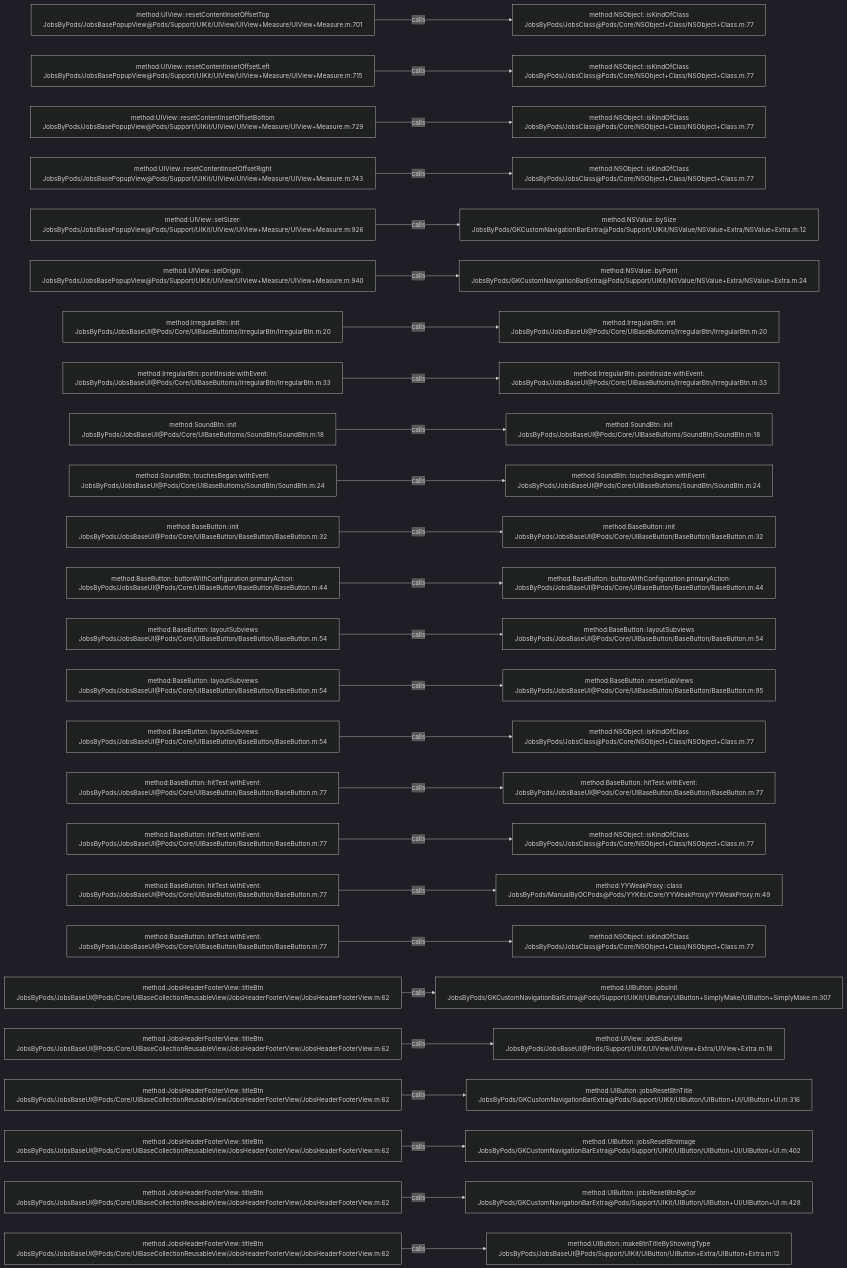
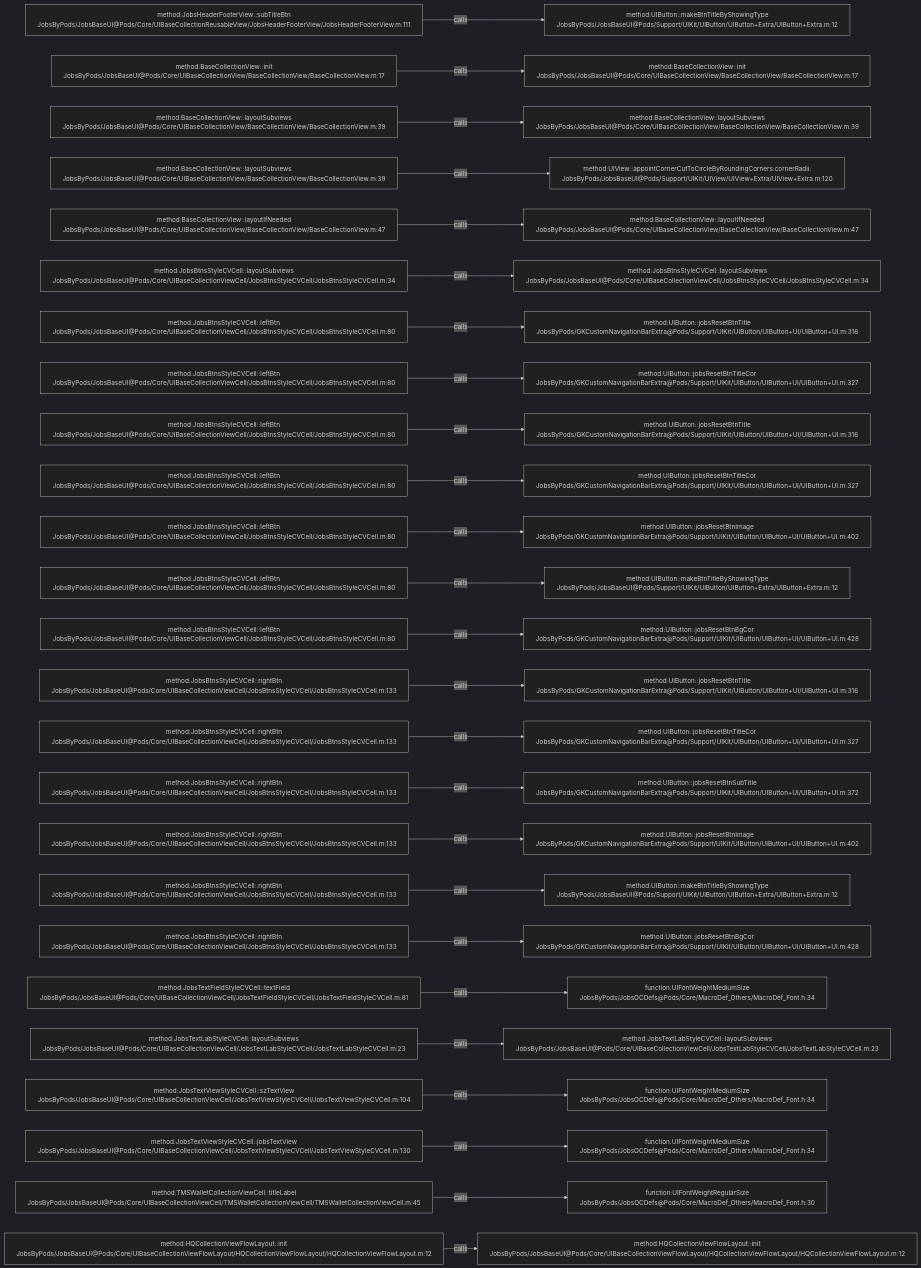
Before and after one commit to JobsKits/JobsOCBaseConfigDemo: the diagram in .codegraph/codegraph.md/graphs/calls-027.md, drawn with Mermaid (dark theme). The commit also changed 639 other files, not shown here.

````diff
--- a/.codegraph/codegraph.md/graphs/calls-027.md
+++ b/.codegraph/codegraph.md/graphs/calls-027.md
@@ -13,78 +13,78 @@
 ```mermaid
 flowchart LR
-  S1["method:UIView::resetContentInsetOffsetTop<br/>JobsByPods/JobsBasePopupView@Pods/Support/UIKit/UIView/UIView+Measure/UIView+Measure.m:701"]
-  T1["method:NSObject::isKindOfClass<br/>JobsByPods/JobsClass@Pods/Core/NSObject+Class/NSObject+Class.m:77"]
+  S1["method:JobsHeaderFooterView::subTitleBtn<br/>JobsByPods/JobsBaseUI@Pods/Core/UIBaseCollectionReusableView/JobsHeaderFooterView/JobsHeaderFooterView.m:111"]
+  T1["method:UIButton::makeBtnTitleByShowingType<br/>JobsByPods/JobsBaseUI@Pods/Support/UIKit/UIButton/UIButton+Extra/UIButton+Extra.m:12"]
   S1 -->|calls| T1
-  S2["method:UIView::resetContentInsetOffsetLeft<br/>JobsByPods/JobsBasePopupView@Pods/Support/UIKit/UIView/UIView+Measure/UIView+Measure.m:715"]
-  T2["method:NSObject::isKindOfClass<br/>JobsByPods/JobsClass@Pods/Core/NSObject+Class/NSObject+Class.m:77"]
+  S2["method:BaseCollectionView::init<br/>JobsByPods/JobsBaseUI@Pods/Core/UIBaseCollectionView/BaseCollectionView/BaseCollectionView.m:17"]
+  T2["method:BaseCollectionView::init<br/>JobsByPods/JobsBaseUI@Pods/Core/UIBaseCollectionView/BaseCollectionView/BaseCollectionView.m:17"]
   S2 -->|calls| T2
-  S3["method:UIView::resetContentInsetOffsetBottom<br/>JobsByPods/JobsBasePopupView@Pods/Support/UIKit/UIView/UIView+Measure/UIView+Measure.m:729"]
-  T3["method:NSObject::isKindOfClass<br/>JobsByPods/JobsClass@Pods/Core/NSObject+Class/NSObject+Class.m:77"]
+  S3["method:BaseCollectionView::layoutSubviews<br/>JobsByPods/JobsBaseUI@Pods/Core/UIBaseCollectionView/BaseCollectionView/BaseCollectionView.m:39"]
+  T3["method:BaseCollectionView::layoutSubviews<br/>JobsByPods/JobsBaseUI@Pods/Core/UIBaseCollectionView/BaseCollectionView/BaseCollectionView.m:39"]
   S3 -->|calls| T3
-  S4["method:UIView::resetContentInsetOffsetRight<br/>JobsByPods/JobsBasePopupView@Pods/Support/UIKit/UIView/UIView+Measure/UIView+Measure.m:743"]
-  T4["method:NSObject::isKindOfClass<br/>JobsByPods/JobsClass@Pods/Core/NSObject+Class/NSObject+Class.m:77"]
+  S4["method:BaseCollectionView::layoutSubviews<br/>JobsByPods/JobsBaseUI@Pods/Core/UIBaseCollectionView/BaseCollectionView/BaseCollectionView.m:39"]
+  T4["method:UIView::appointCornerCutToCircleByRoundingCorners:cornerRadii:<br/>JobsByPods/JobsBaseUI@Pods/Support/UIKit/UIView/UIView+Extra/UIView+Extra.m:120"]
   S4 -->|calls| T4
-  S5["method:UIView::setSizer:<br/>JobsByPods/JobsBasePopupView@Pods/Support/UIKit/UIView/UIView+Measure/UIView+Measure.m:926"]
-  T5["method:NSValue::bySize<br/>JobsByPods/GKCustomNavigationBarExtra@Pods/Support/UIKit/NSValue/NSValue+Extra/NSValue+Extra.m:12"]
+  S5["method:BaseCollectionView::layoutIfNeeded<br/>JobsByPods/JobsBaseUI@Pods/Core/UIBaseCollectionView/BaseCollectionView/BaseCollectionView.m:47"]
+  T5["method:BaseCollectionView::layoutIfNeeded<br/>JobsByPods/JobsBaseUI@Pods/Core/UIBaseCollectionView/BaseCollectionView/BaseCollectionView.m:47"]
   S5 -->|calls| T5
-  S6["method:UIView::setOrigin:<br/>JobsByPods/JobsBasePopupView@Pods/Support/UIKit/UIView/UIView+Measure/UIView+Measure.m:940"]
-  T6["method:NSValue::byPoint<br/>JobsByPods/GKCustomNavigationBarExtra@Pods/Support/UIKit/NSValue/NSValue+Extra/NSValue+Extra.m:24"]
+  S6["method:JobsBtnsStyleCVCell::layoutSubviews<br/>JobsByPods/JobsBaseUI@Pods/Core/UIBaseCollectionViewCell/JobsBtnsStyleCVCell/JobsBtnsStyleCVCell.m:34"]
+  T6["method:JobsBtnsStyleCVCell::layoutSubviews<br/>JobsByPods/JobsBaseUI@Pods/Core/UIBaseCollectionViewCell/JobsBtnsStyleCVCell/JobsBtnsStyleCVCell.m:34"]
   S6 -->|calls| T6
-  S7["method:IrregularBtn::init<br/>JobsByPods/JobsBaseUI@Pods/Core/UIBaseButtoms/IrregularBtn/IrregularBtn.m:20"]
-  T7["method:IrregularBtn::init<br/>JobsByPods/JobsBaseUI@Pods/Core/UIBaseButtoms/IrregularBtn/IrregularBtn.m:20"]
+  S7["method:JobsBtnsStyleCVCell::leftBtn<br/>JobsByPods/JobsBaseUI@Pods/Core/UIBaseCollectionViewCell/JobsBtnsStyleCVCell/JobsBtnsStyleCVCell.m:80"]
+  T7["method:UIButton::jobsResetBtnTitle<br/>JobsByPods/GKCustomNavigationBarExtra@Pods/Support/UIKit/UIButton/UIButton+UI/UIButton+UI.m:316"]
   S7 -->|calls| T7
-  S8["method:IrregularBtn::pointInside:withEvent:<br/>JobsByPods/JobsBaseUI@Pods/Core/UIBaseButtoms/IrregularBtn/IrregularBtn.m:33"]
-  T8["method:IrregularBtn::pointInside:withEvent:<br/>JobsByPods/JobsBaseUI@Pods/Core/UIBaseButtoms/IrregularBtn/IrregularBtn.m:33"]
+  S8["method:JobsBtnsStyleCVCell::leftBtn<br/>JobsByPods/JobsBaseUI@Pods/Core/UIBaseCollectionViewCell/JobsBtnsStyleCVCell/JobsBtnsStyleCVCell.m:80"]
+  T8["method:UIButton::jobsResetBtnTitleCor<br/>JobsByPods/GKCustomNavigationBarExtra@Pods/Support/UIKit/UIButton/UIButton+UI/UIButton+UI.m:327"]
   S8 -->|calls| T8
-  S9["method:SoundBtn::init<br/>JobsByPods/JobsBaseUI@Pods/Core/UIBaseButtoms/SoundBtn/SoundBtn.m:18"]
-  T9["method:SoundBtn::init<br/>JobsByPods/JobsBaseUI@Pods/Core/UIBaseButtoms/SoundBtn/SoundBtn.m:18"]
+  S9["method:JobsBtnsStyleCVCell::leftBtn<br/>JobsByPods/JobsBaseUI@Pods/Core/UIBaseCollectionViewCell/JobsBtnsStyleCVCell/JobsBtnsStyleCVCell.m:80"]
+  T9["method:UIButton::jobsResetBtnTitle<br/>JobsByPods/GKCustomNavigationBarExtra@Pods/Support/UIKit/UIButton/UIButton+UI/UIButton+UI.m:316"]
   S9 -->|calls| T9
-  S10["method:SoundBtn::touchesBegan:withEvent:<br/>JobsByPods/JobsBaseUI@Pods/Core/UIBaseButtoms/SoundBtn/SoundBtn.m:24"]
-  T10["method:SoundBtn::touchesBegan:withEvent:<br/>JobsByPods/JobsBaseUI@Pods/Core/UIBaseButtoms/SoundBtn/SoundBtn.m:24"]
+  S10["method:JobsBtnsStyleCVCell::leftBtn<br/>JobsByPods/JobsBaseUI@Pods/Core/UIBaseCollectionViewCell/JobsBtnsStyleCVCell/JobsBtnsStyleCVCell.m:80"]
+  T10["method:UIButton::jobsResetBtnTitleCor<br/>JobsByPods/GKCustomNavigationBarExtra@Pods/Support/UIKit/UIButton/UIButton+UI/UIButton+UI.m:327"]
   S10 -->|calls| T10
-  S11["method:BaseButton::init<br/>JobsByPods/JobsBaseUI@Pods/Core/UIBaseButton/BaseButton/BaseButton.m:32"]
-  T11["method:BaseButton::init<br/>JobsByPods/JobsBaseUI@Pods/Core/UIBaseButton/BaseButton/BaseButton.m:32"]
+  S11["method:JobsBtnsStyleCVCell::leftBtn<br/>JobsByPods/JobsBaseUI@Pods/Core/UIBaseCollectionViewCell/JobsBtnsStyleCVCell/JobsBtnsStyleCVCell.m:80"]
+  T11["method:UIButton::jobsResetBtnImage<br/>JobsByPods/GKCustomNavigationBarExtra@Pods/Support/UIKit/UIButton/UIButton+UI/UIButton+UI.m:402"]
   S11 -->|calls| T11
-  S12["method:BaseButton::buttonWithConfiguration:primaryAction:<br/>JobsByPods/JobsBaseUI@Pods/Core/UIBaseButton/BaseButton/BaseButton.m:44"]
-  T12["method:BaseButton::buttonWithConfiguration:primaryAction:<br/>JobsByPods/JobsBaseUI@Pods/Core/UIBaseButton/BaseButton/BaseButton.m:44"]
+  S12["method:JobsBtnsStyleCVCell::leftBtn<br/>JobsByPods/JobsBaseUI@Pods/Core/UIBaseCollectionViewCell/JobsBtnsStyleCVCell/JobsBtnsStyleCVCell.m:80"]
+  T12["method:UIButton::makeBtnTitleByShowingType<br/>JobsByPods/JobsBaseUI@Pods/Support/UIKit/UIButton/UIButton+Extra/UIButton+Extra.m:12"]
   S12 -->|calls| T12
-  S13["method:BaseButton::layoutSubviews<br/>JobsByPods/JobsBaseUI@Pods/Core/UIBaseButton/BaseButton/BaseButton.m:54"]
-  T13["method:BaseButton::layoutSubviews<br/>JobsByPods/JobsBaseUI@Pods/Core/UIBaseButton/BaseButton/BaseButton.m:54"]
+  S13["method:JobsBtnsStyleCVCell::leftBtn<br/>JobsByPods/JobsBaseUI@Pods/Core/UIBaseCollectionViewCell/JobsBtnsStyleCVCell/JobsBtnsStyleCVCell.m:80"]
+  T13["method:UIButton::jobsResetBtnBgCor<br/>JobsByPods/GKCustomNavigationBarExtra@Pods/Support/UIKit/UIButton/UIButton+UI/UIButton+UI.m:428"]
   S13 -->|calls| T13
-  S14["method:BaseButton::layoutSubviews<br/>JobsByPods/JobsBaseUI@Pods/Core/UIBaseButton/BaseButton/BaseButton.m:54"]
-  T14["method:BaseButton::resetSubViews<br/>JobsByPods/JobsBaseUI@Pods/Core/UIBaseButton/BaseButton/BaseButton.m:95"]
+  S14["method:JobsBtnsStyleCVCell::rightBtn<br/>JobsByPods/JobsBaseUI@Pods/Core/UIBaseCollectionViewCell/JobsBtnsStyleCVCell/JobsBtnsStyleCVCell.m:133"]
+  T14["method:UIButton::jobsResetBtnTitle<br/>JobsByPods/GKCustomNavigationBarExtra@Pods/Support/UIKit/UIButton/UIButton+UI/UIButton+UI.m:316"]
   S14 -->|calls| T14
-  S15["method:BaseButton::layoutSubviews<br/>JobsByPods/JobsBaseUI@Pods/Core/UIBaseButton/BaseButton/BaseButton.m:54"]
-  T15["method:NSObject::isKindOfClass<br/>JobsByPods/JobsClass@Pods/Core/NSObject+Class/NSObject+Class.m:77"]
+  S15["method:JobsBtnsStyleCVCell::rightBtn<br/>JobsByPods/JobsBaseUI@Pods/Core/UIBaseCollectionViewCell/JobsBtnsStyleCVCell/JobsBtnsStyleCVCell.m:133"]
+  T15["method:UIButton::jobsResetBtnTitleCor<br/>JobsByPods/GKCustomNavigationBarExtra@Pods/Support/UIKit/UIButton/UIButton+UI/UIButton+UI.m:327"]
   S15 -->|calls| T15
-  S16["method:BaseButton::hitTest:withEvent:<br/>JobsByPods/JobsBaseUI@Pods/Core/UIBaseButton/BaseButton/BaseButton.m:77"]
-  T16["method:BaseButton::hitTest:withEvent:<br/>JobsByPods/JobsBaseUI@Pods/Core/UIBaseButton/BaseButton/BaseButton.m:77"]
+  S16["method:JobsBtnsStyleCVCell::rightBtn<br/>JobsByPods/JobsBaseUI@Pods/Core/UIBaseCollectionViewCell/JobsBtnsStyleCVCell/JobsBtnsStyleCVCell.m:133"]
+  T16["method:UIButton::jobsResetBtnSubTitle<br/>JobsByPods/GKCustomNavigationBarExtra@Pods/Support/UIKit/UIButton/UIButton+UI/UIButton+UI.m:372"]
   S16 -->|calls| T16
-  S17["method:BaseButton::hitTest:withEvent:<br/>JobsByPods/JobsBaseUI@Pods/Core/UIBaseButton/BaseButton/BaseButton.m:77"]
-  T17["method:NSObject::isKindOfClass<br/>JobsByPods/JobsClass@Pods/Core/NSObject+Class/NSObject+Class.m:77"]
+  S17["method:JobsBtnsStyleCVCell::rightBtn<br/>JobsByPods/JobsBaseUI@Pods/Core/UIBaseCollectionViewCell/JobsBtnsStyleCVCell/JobsBtnsStyleCVCell.m:133"]
+  T17["method:UIButton::jobsResetBtnImage<br/>JobsByPods/GKCustomNavigationBarExtra@Pods/Support/UIKit/UIButton/UIButton+UI/UIButton+UI.m:402"]
   S17 -->|calls| T17
-  S18["method:BaseButton::hitTest:withEvent:<br/>JobsByPods/JobsBaseUI@Pods/Core/UIBaseButton/BaseButton/BaseButton.m:77"]
-  T18["method:YYWeakProxy::class<br/>JobsByPods/ManualByOCPods@Pods/YYKits/Core/YYWeakProxy/YYWeakProxy.m:49"]
+  S18["method:JobsBtnsStyleCVCell::rightBtn<br/>JobsByPods/JobsBaseUI@Pods/Core/UIBaseCollectionViewCell/JobsBtnsStyleCVCell/JobsBtnsStyleCVCell.m:133"]
+  T18["method:UIButton::makeBtnTitleByShowingType<br/>JobsByPods/JobsBaseUI@Pods/Support/UIKit/UIButton/UIButton+Extra/UIButton+Extra.m:12"]
   S18 -->|calls| T18
-  S19["method:BaseButton::hitTest:withEvent:<br/>JobsByPods/JobsBaseUI@Pods/Core/UIBaseButton/BaseButton/BaseButton.m:77"]
-  T19["method:NSObject::isKindOfClass<br/>JobsByPods/JobsClass@Pods/Core/NSObject+Class/NSObject+Class.m:77"]
+  S19["method:JobsBtnsStyleCVCell::rightBtn<br/>JobsByPods/JobsBaseUI@Pods/Core/UIBaseCollectionViewCell/JobsBtnsStyleCVCell/JobsBtnsStyleCVCell.m:133"]
+  T19["method:UIButton::jobsResetBtnBgCor<br/>JobsByPods/GKCustomNavigationBarExtra@Pods/Support/UIKit/UIButton/UIButton+UI/UIButton+UI.m:428"]
   S19 -->|calls| T19
-  S20["method:JobsHeaderFooterView::titleBtn<br/>JobsByPods/JobsBaseUI@Pods/Core/UIBaseCollectionReusableView/JobsHeaderFooterView/JobsHeaderFooterView.m:62"]
-  T20["method:UIButton::jobsInit<br/>JobsByPods/GKCustomNavigationBarExtra@Pods/Support/UIKit/UIButton/UIButton+SimplyMake/UIButton+SimplyMake.m:307"]
+  S20["method:JobsTextFieldStyleCVCell::textField<br/>JobsByPods/JobsBaseUI@Pods/Core/UIBaseCollectionViewCell/JobsTextFieldStyleCVCell/JobsTextFieldStyleCVCell.m:81"]
+  T20["function:UIFontWeightMediumSize<br/>JobsByPods/JobsOCDefs@Pods/Core/MacroDef_Others/MacroDef_Font.h:34"]
   S20 -->|calls| T20
-  S21["method:JobsHeaderFooterView::titleBtn<br/>JobsByPods/JobsBaseUI@Pods/Core/UIBaseCollectionReusableView/JobsHeaderFooterView/JobsHeaderFooterView.m:62"]
-  T21["method:UIView::addSubview<br/>JobsByPods/JobsBaseUI@Pods/Support/UIKit/UIView/UIView+Extra/UIView+Extra.m:18"]
+  S21["method:JobsTextLabStyleCVCell::layoutSubviews<br/>JobsByPods/JobsBaseUI@Pods/Core/UIBaseCollectionViewCell/JobsTextLabStyleCVCell/JobsTextLabStyleCVCell.m:23"]
+  T21["method:JobsTextLabStyleCVCell::layoutSubviews<br/>JobsByPods/JobsBaseUI@Pods/Core/UIBaseCollectionViewCell/JobsTextLabStyleCVCell/JobsTextLabStyleCVCell.m:23"]
   S21 -->|calls| T21
-  S22["method:JobsHeaderFooterView::titleBtn<br/>JobsByPods/JobsBaseUI@Pods/Core/UIBaseCollectionReusableView/JobsHeaderFooterView/JobsHeaderFooterView.m:62"]
-  T22["method:UIButton::jobsResetBtnTitle<br/>JobsByPods/GKCustomNavigationBarExtra@Pods/Support/UIKit/UIButton/UIButton+UI/UIButton+UI.m:316"]
+  S22["method:JobsTextViewStyleCVCell::szTextView<br/>JobsByPods/JobsBaseUI@Pods/Core/UIBaseCollectionViewCell/JobsTextViewStyleCVCell/JobsTextViewStyleCVCell.m:104"]
+  T22["function:UIFontWeightMediumSize<br/>JobsByPods/JobsOCDefs@Pods/Core/MacroDef_Others/MacroDef_Font.h:34"]
   S22 -->|calls| T22
-  S23["method:JobsHeaderFooterView::titleBtn<br/>JobsByPods/JobsBaseUI@Pods/Core/UIBaseCollectionReusableView/JobsHeaderFooterView/JobsHeaderFooterView.m:62"]
-  T23["method:UIButton::jobsResetBtnImage<br/>JobsByPods/GKCustomNavigationBarExtra@Pods/Support/UIKit/UIButton/UIButton+UI/UIButton+UI.m:402"]
+  S23["method:JobsTextViewStyleCVCell::jobsTextView<br/>JobsByPods/JobsBaseUI@Pods/Core/UIBaseCollectionViewCell/JobsTextViewStyleCVCell/JobsTextViewStyleCVCell.m:130"]
+  T23["function:UIFontWeightMediumSize<br/>JobsByPods/JobsOCDefs@Pods/Core/MacroDef_Others/MacroDef_Font.h:34"]
   S23 -->|calls| T23
-  S24["method:JobsHeaderFooterView::titleBtn<br/>JobsByPods/JobsBaseUI@Pods/Core/UIBaseCollectionReusableView/JobsHeaderFooterView/JobsHeaderFooterView.m:62"]
-  T24["method:UIButton::jobsResetBtnBgCor<br/>JobsByPods/GKCustomNavigationBarExtra@Pods/Support/UIKit/UIButton/UIButton+UI/UIButton+UI.m:428"]
+  S24["method:TMSWalletCollectionViewCell::titleLabel<br/>JobsByPods/JobsBaseUI@Pods/Core/UIBaseCollectionViewCell/TMSWalletCollectionViewCell/TMSWalletCollectionViewCell.m:45"]
+  T24["function:UIFontWeightRegularSize<br/>JobsByPods/JobsOCDefs@Pods/Core/MacroDef_Others/MacroDef_Font.h:30"]
   S24 -->|calls| T24
-  S25["method:JobsHeaderFooterView::titleBtn<br/>JobsByPods/JobsBaseUI@Pods/Core/UIBaseCollectionReusableView/JobsHeaderFooterView/JobsHeaderFooterView.m:62"]
-  T25["method:UIButton::makeBtnTitleByShowingType<br/>JobsByPods/JobsBaseUI@Pods/Support/UIKit/UIButton/UIButton+Extra/UIButton+Extra.m:12"]
+  S25["method:HQCollectionViewFlowLayout::init<br/>JobsByPods/JobsBaseUI@Pods/Core/UIBaseCollectionViewFlowLayout/HQCollectionViewFlowLayout/HQCollectionViewFlowLayout.m:12"]
+  T25["method:HQCollectionViewFlowLayout::init<br/>JobsByPods/JobsBaseUI@Pods/Core/UIBaseCollectionViewFlowLayout/HQCollectionViewFlowLayout/HQCollectionViewFlowLayout.m:12"]
   S25 -->|calls| T25
 ```
````
